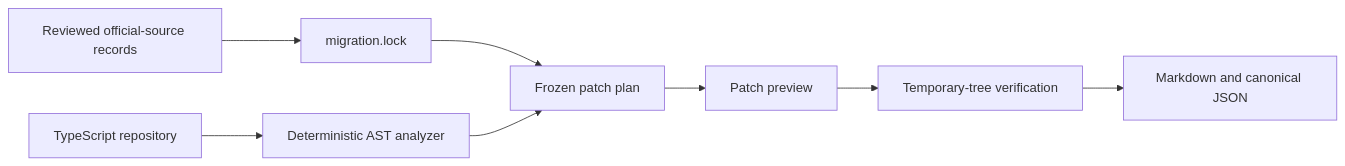
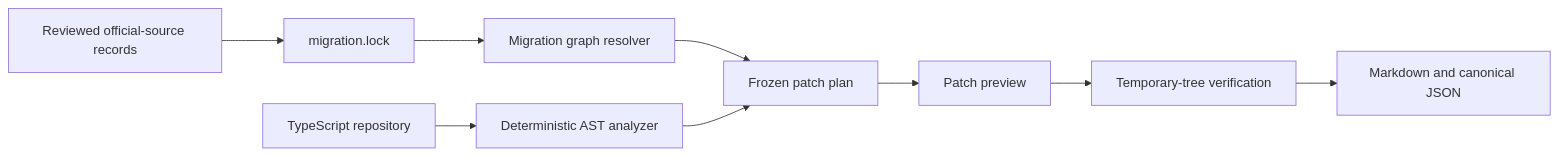
The diagram in README.md (sujileelea/openai-migration-doctor), drawn with Mermaid before and after one commit. The commit also changed other lines of this file and 4 other files, not shown here.

First line of the commit message:
docs: define migration graph safety contracts

````diff
--- a/README.md
+++ b/README.md
@@ -89,10 +91,11 @@
 ```mermaid
 flowchart LR
     A[Reviewed official-source records] --> B[migration.lock]
     C[TypeScript repository] --> D[Deterministic AST analyzer]
-    B --> E[Frozen patch plan]
+    B --> I[Migration graph resolver]
+    I --> E[Frozen patch plan]
     D --> E
     E --> F[Patch preview]
     F --> G[Temporary-tree verification]
     G --> H[Markdown and canonical JSON]
 ```
````
